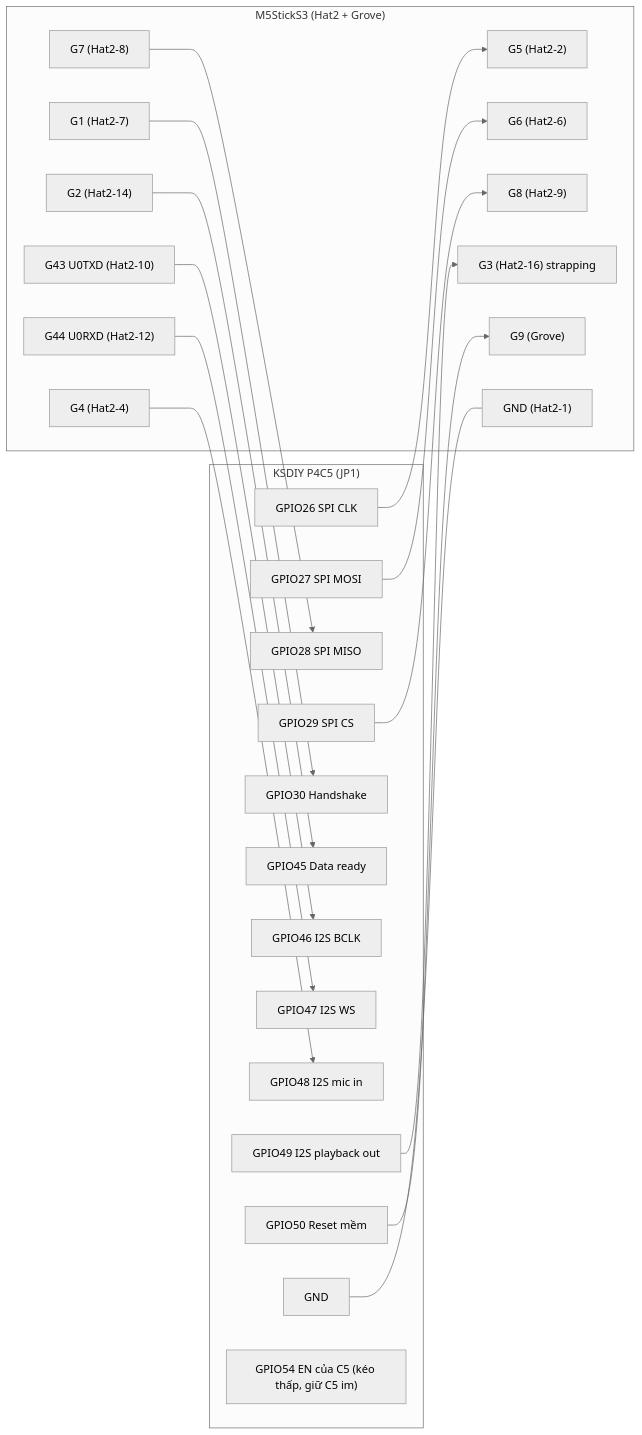
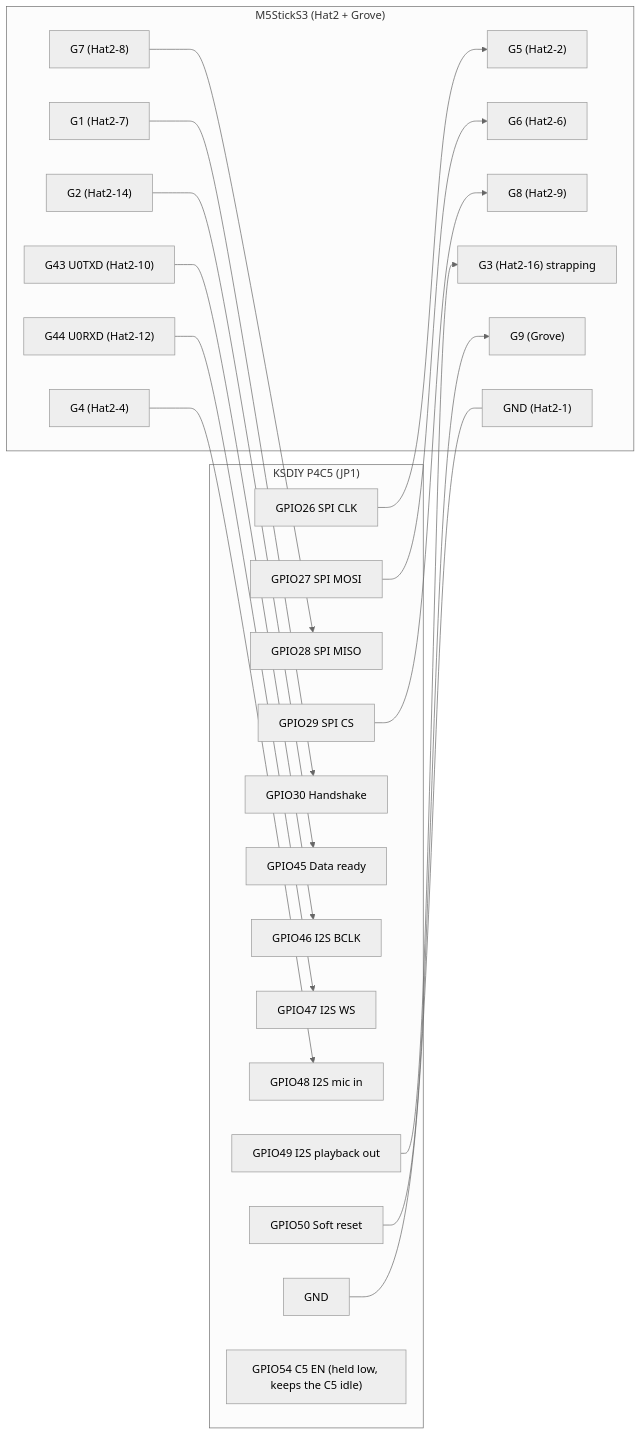
The diagram in docs/WIRING.md (ngttai/p4c5_sticks3_coprocessor), drawn with Mermaid (neutral theme) before and after one commit. The commit also changed other lines of this file and 45 other files, not shown here.

````diff
--- a/docs/WIRING.md
+++ b/docs/WIRING.md
@@ -9,44 +9,44 @@
 ```mermaid
 flowchart LR
     subgraph P4C5["KSDIY P4C5 (JP1)"]
         P26["GPIO26 SPI CLK"]
         P27["GPIO27 SPI MOSI"]
         P28["GPIO28 SPI MISO"]
         P29["GPIO29 SPI CS"]
         P30["GPIO30 Handshake"]
         P45["GPIO45 Data ready"]
         P46["GPIO46 I2S BCLK"]
         P47["GPIO47 I2S WS"]
         P48["GPIO48 I2S mic in"]
         P49["GPIO49 I2S playback out"]
-        P50["GPIO50 Reset mềm"]
+        P50["GPIO50 Soft reset"]
         PG["GND"]
-        P54["GPIO54 EN của C5 (kéo thấp, giữ C5 im)"]
+        P54["GPIO54 C5 EN (held low, keeps the C5 idle)"]
     end
     subgraph S3["M5StickS3 (Hat2 + Grove)"]
         G5["G5 (Hat2-2)"]
         G6["G6 (Hat2-6)"]
         G7["G7 (Hat2-8)"]
         G8["G8 (Hat2-9)"]
         G1["G1 (Hat2-7)"]
         G2["G2 (Hat2-14)"]
         G43["G43 U0TXD (Hat2-10)"]
         G44["G44 U0RXD (Hat2-12)"]
         G4["G4 (Hat2-4)"]
         G3["G3 (Hat2-16) strapping"]
         G9["G9 (Grove)"]
         SG["GND (Hat2-1)"]
     end
     P26 --> G5
     P27 --> G6
     G7 --> P28
     P29 --> G8
     G1 --> P30
     G2 --> P45
     G43 --> P46
     G44 --> P47
     G4 --> P48
     P49 --> G3
     P50 --> G9
     PG --- SG
 ```
````
